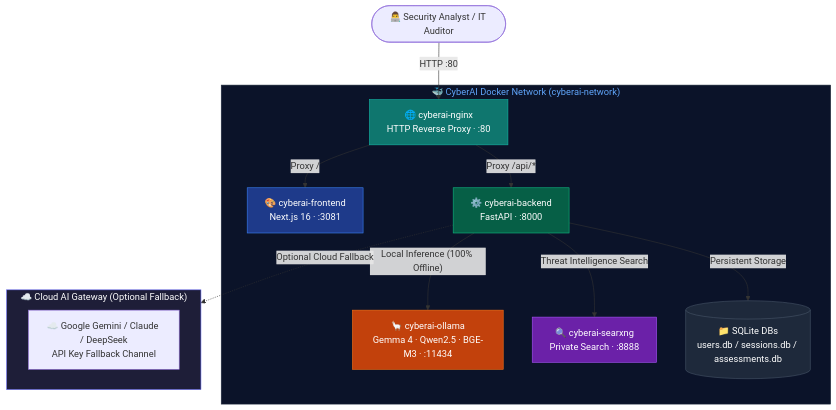
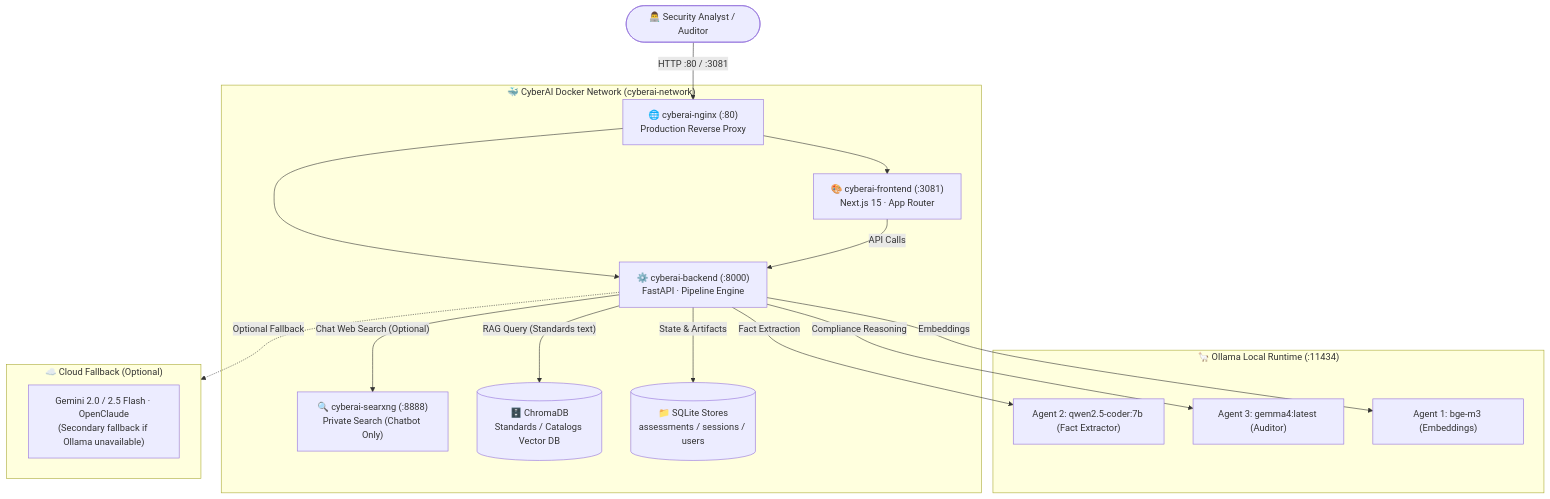
One commit to NghiaDinh03/CyberAI-Assessment-project changed the diagram in README.md. Above: the diagram before and after it, drawn with Mermaid. The commit also changed other lines of this file and 127 other files, not shown here.

````diff
--- a/README.md
+++ b/README.md
@@ -91,34 +103,36 @@
 ```mermaid
 flowchart TB
-    User(["👨‍💻 Security Analyst / IT Auditor"])
+    User(["👨‍💻 Security Analyst / Auditor"])
 
-    subgraph Docker["🐳 CyberAI Docker Network (cyberai-network)"]
-        NGINX["🌐 cyberai-nginx<br/>HTTP Reverse Proxy · :80"]
-        FE["🎨 cyberai-frontend<br/>Next.js 16 · :3081"]
-        BE["⚙️ cyberai-backend<br/>FastAPI · :8000"]
-        OL["🦙 cyberai-ollama<br/>Gemma 4 · Qwen2.5 · BGE-M3 · :11434"]
-        SEARX["🔍 cyberai-searxng<br/>Private Search · :8888"]
-        DB[(📁 SQLite DBs<br/>users.db / sessions.db / assessments.db)]
+    subgraph DockerNet["🐳 CyberAI Docker Network (cyberai-network)"]
+        NGINX["🌐 cyberai-nginx (:80)<br/>Production Reverse Proxy"]
+        FE["🎨 cyberai-frontend (:3081)<br/>Next.js 15 · App Router"]
+        BE["⚙️ cyberai-backend (:8000)<br/>FastAPI · Pipeline Engine"]
+        SEARX["🔍 cyberai-searxng (:8888)<br/>Private Search (Chatbot Only)"]
+        CHROMA[("🗄️ ChromaDB<br/>Standards / Catalogs Vector DB")]
+        SQLITE[("📁 SQLite Stores<br/>assessments / sessions / users")]
     end
 
-    subgraph CloudGateway["☁️ Cloud AI Gateway (Optional Fallback)"]
-        CloudLLM["☁️ Google Gemini / Claude / DeepSeek<br/>API Key Fallback Channel"]
+    subgraph LocalLLM["🦙 Ollama Local Runtime (:11434)"]
+        M1["Agent 2: qwen2.5-coder:7b (Fact Extractor)"]
+        M2["Agent 3: gemma4:latest (Auditor)"]
+        M3["Agent 1: bge-m3 (Embeddings)"]
     end
 
-    User -->|"HTTP :80"| NGINX
-    NGINX -->|"Proxy /"| FE
-    NGINX -->|"Proxy /api/*"| BE
-    BE -->|"Local Inference (100% Offline)"| OL
-    BE -->|"Threat Intelligence Search"| SEARX
-    BE -->|"Persistent Storage"| DB
-    BE -.->|"Optional Cloud Fallback"| CloudGateway
+    subgraph CloudOpt["☁️ Cloud Fallback (Optional)"]
+        CloudAPI["Gemini 2.0 / 2.5 Flash · OpenClaude<br/>(Secondary fallback if Ollama unavailable)"]
+    end
 
-    style Docker fill:#0b1329,stroke:#1e293b,color:#60a5fa
-    style NGINX fill:#0f766e,stroke:#14b8a6,color:#fff
-    style FE fill:#1e3a8a,stroke:#3b82f6,color:#fff
-    style BE fill:#065f46,stroke:#10b981,color:#fff
-    style OL fill:#c2410c,stroke:#f97316,color:#fff
-    style SEARX fill:#6b21a8,stroke:#a855f7,color:#fff
-    style DB fill:#1e293b,stroke:#475569,color:#fff
-    style CloudGateway fill:#1e1e38,stroke:#6366f1,color:#fff
+    User -->|"HTTP :80 / :3081"| NGINX
+    NGINX --> FE
+    NGINX --> BE
+    FE -->|"API Calls"| BE
+
+    BE -->|"RAG Query (Standards text)"| CHROMA
+    BE -->|"Embeddings"| M3
+    BE -->|"Fact Extraction"| M1
+    BE -->|"Compliance Reasoning"| M2
+    BE -->|"Chat Web Search (Optional)"| SEARX
+    BE -->|"State & Artifacts"| SQLITE
+    BE -.->|"Optional Fallback"| CloudOpt
 ```
````
